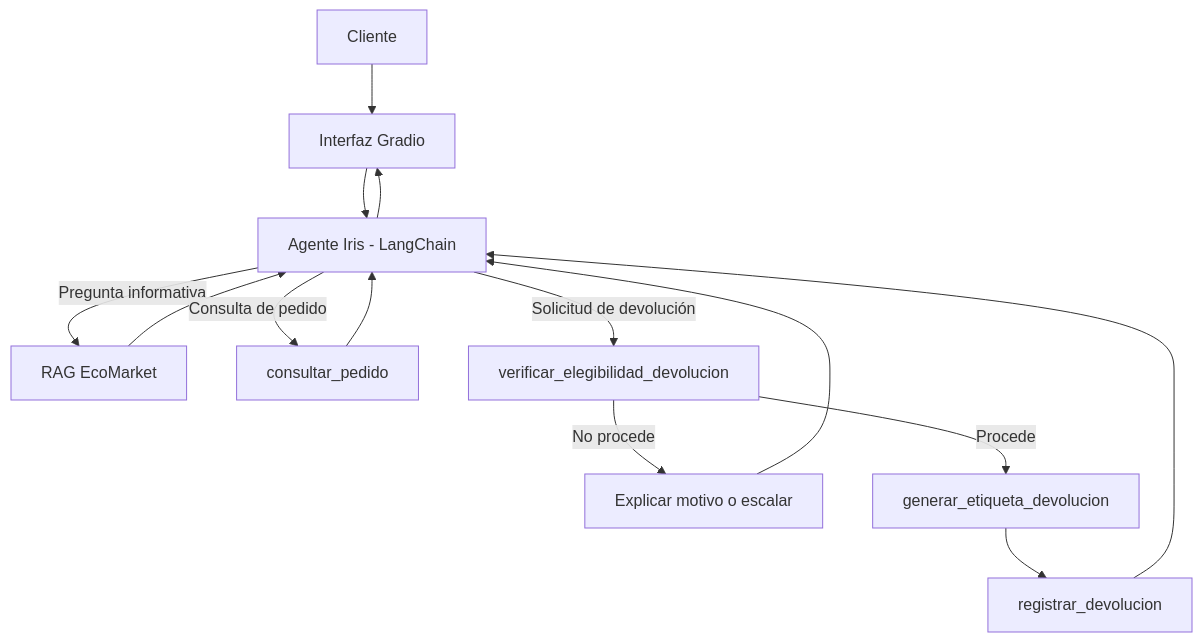
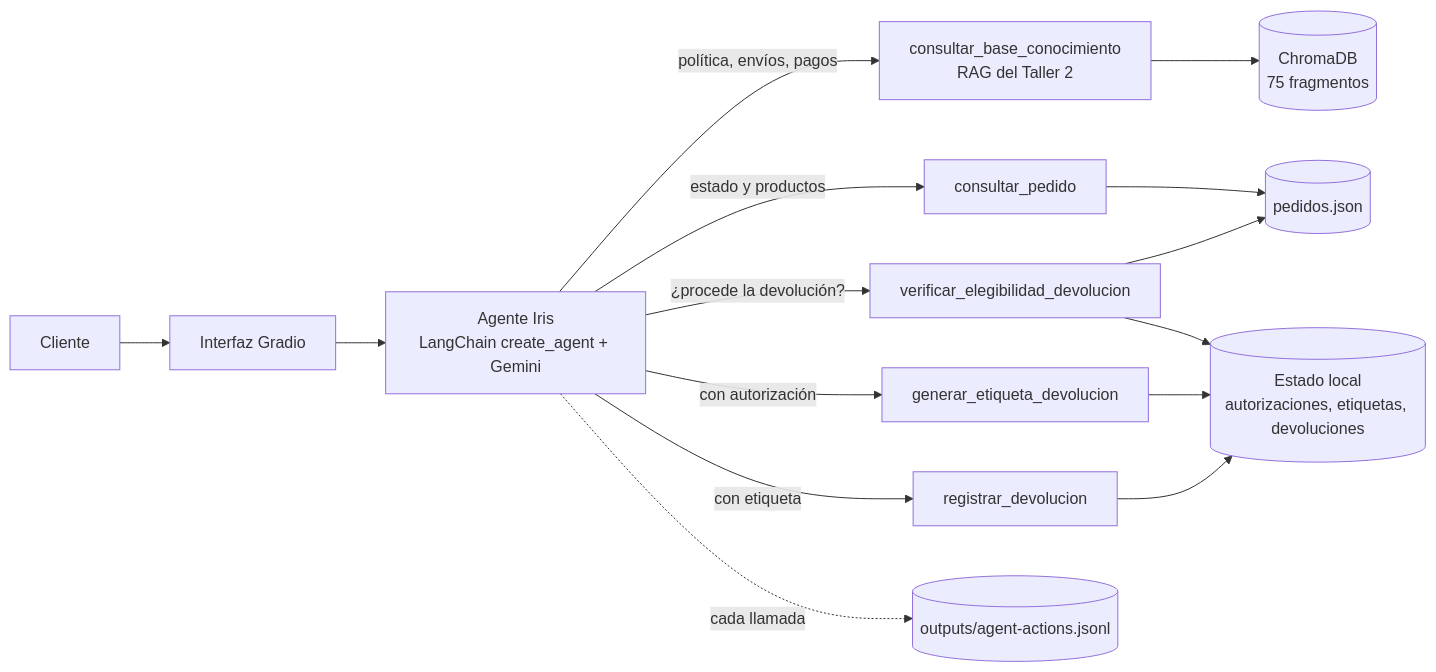
The first of 2 diagrams in proyecto-final/fase-1-arquitectura.md (777wills/miaa-genia), drawn with Mermaid before and after one commit. The commit also changed other lines of this file and 34 other files, not shown here.

````diff
--- a/proyecto-final/fase-1-arquitectura.md
+++ b/proyecto-final/fase-1-arquitectura.md
@@ -11,16 +35,17 @@
 ```mermaid
-flowchart TD
-    U[Cliente] --> I[Interfaz Gradio]
-    I --> A[Agente Iris - LangChain]
-    A -->|Pregunta informativa| R[RAG EcoMarket]
-    A -->|Consulta de pedido| P[consultar_pedido]
-    A -->|Solicitud de devolución| V[verificar_elegibilidad_devolucion]
-    V -->|No procede| N[Explicar motivo o escalar]
-    V -->|Procede| E[generar_etiqueta_devolucion]
-    E --> G[registrar_devolucion]
-    R --> A
-    P --> A
-    N --> A
-    G --> A
-    A --> I
+flowchart LR
+    U["Cliente"] --> G["Interfaz Gradio"]
+    G --> A["Agente Iris<br/>LangChain create_agent + Gemini"]
+    A -->|"política, envíos, pagos"| R["consultar_base_conocimiento<br/>RAG del Taller 2"]
+    A -->|"estado y productos"| P["consultar_pedido"]
+    A -->|"¿procede la devolución?"| V["verificar_elegibilidad_devolucion"]
+    A -->|"con autorización"| E["generar_etiqueta_devolucion"]
+    A -->|"con etiqueta"| D["registrar_devolucion"]
+    R --> C[("ChromaDB<br/>75 fragmentos")]
+    P --> J[("pedidos.json")]
+    V --> J
+    V --> S[("Estado local<br/>autorizaciones, etiquetas, devoluciones")]
+    E --> S
+    D --> S
+    A -. "cada llamada" .-> L[("outputs/agent-actions.jsonl")]
 ```
````
